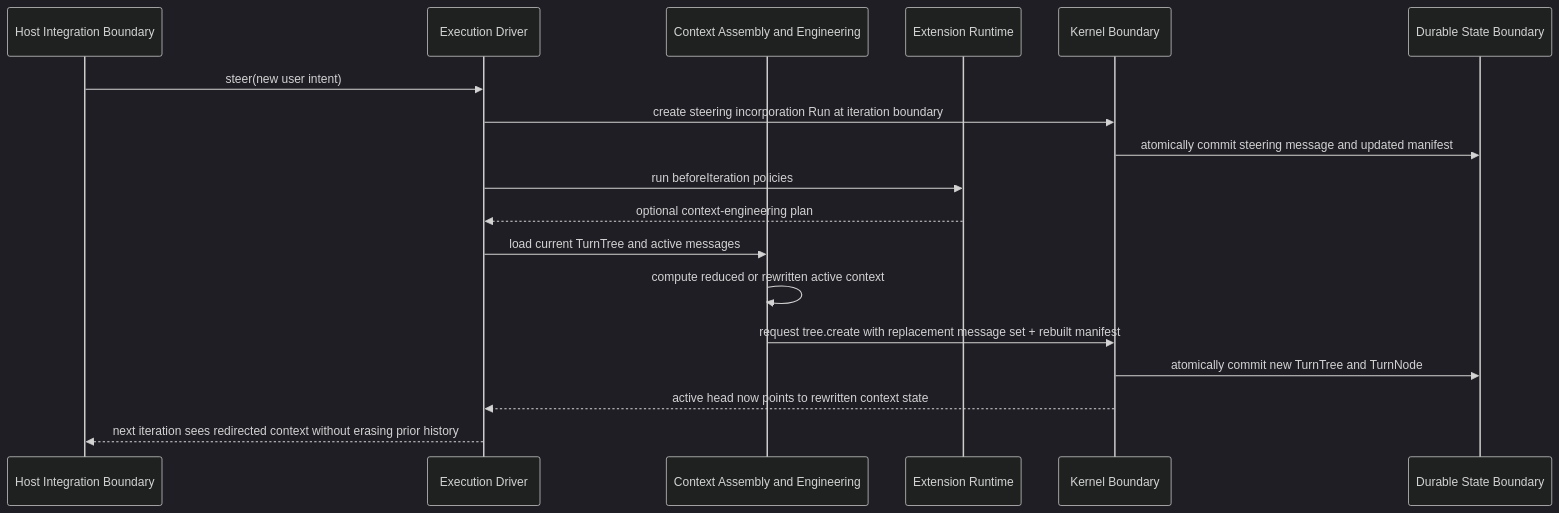
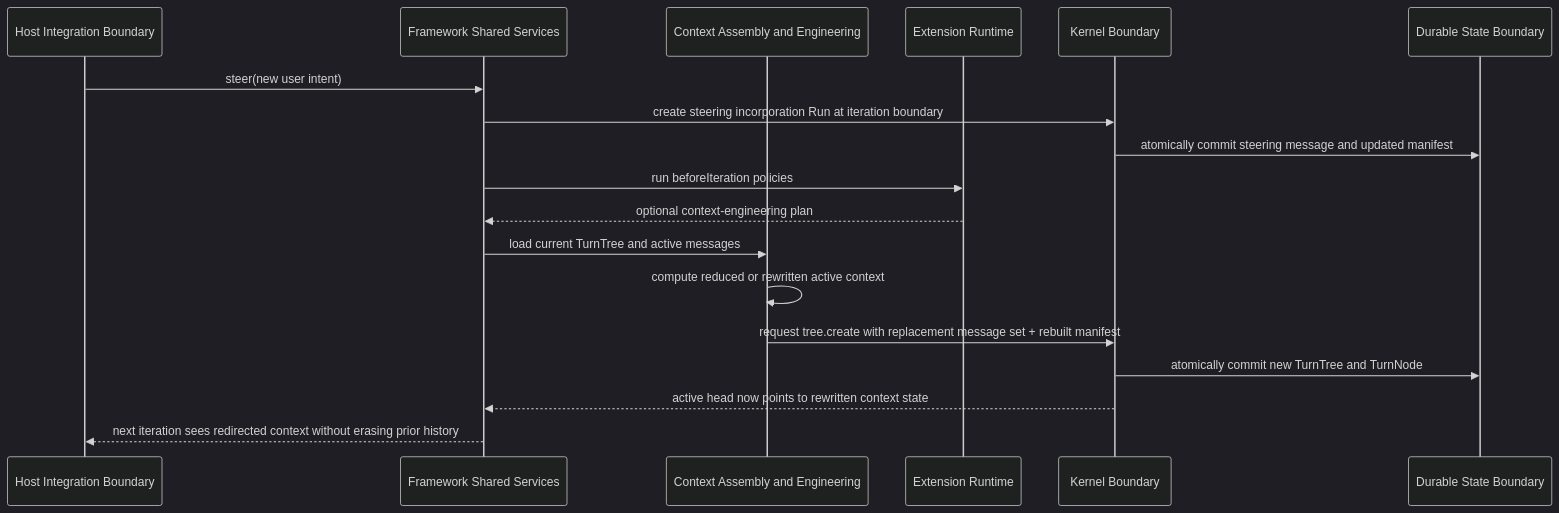
One commit to Tuvren/runtime changed the fourth of 5 diagrams in constitution/Architecture.md. Above: the diagram before and after it, drawn with Mermaid (dark theme). The commit also changed other lines of this file and 4 other files, not shown here.

Commit message:
Reframe Kraken docs around shared framework foundations and drivers

````diff
--- a/constitution/Architecture.md
+++ b/constitution/Architecture.md
@@ -242,21 +246,21 @@
 ```mermaid
 sequenceDiagram
 participant Host as Host Integration Boundary
-participant Driver as Execution Driver
+participant Framework as Framework Shared Services
 participant Context as Context Assembly and Engineering
 participant Ext as Extension Runtime
 participant Kernel as Kernel Boundary
 participant State as Durable State Boundary
 
-Host->>Driver: steer(new user intent)
-Driver->>Kernel: create steering incorporation Run at iteration boundary
+Host->>Framework: steer(new user intent)
+Framework->>Kernel: create steering incorporation Run at iteration boundary
 Kernel->>State: atomically commit steering message and updated manifest
-Driver->>Ext: run beforeIteration policies
-Ext-->>Driver: optional context-engineering plan
-Driver->>Context: load current TurnTree and active messages
+Framework->>Ext: run beforeIteration policies
+Ext-->>Framework: optional context-engineering plan
+Framework->>Context: load current TurnTree and active messages
 Context->>Context: compute reduced or rewritten active context
 Context->>Kernel: request tree.create with replacement message set + rebuilt manifest
 Kernel->>State: atomically commit new TurnTree and TurnNode
-Kernel-->>Driver: active head now points to rewritten context state
-Driver-->>Host: next iteration sees redirected context without erasing prior history
+Kernel-->>Framework: active head now points to rewritten context state
+Framework-->>Host: next iteration sees redirected context without erasing prior history
 ```
````
